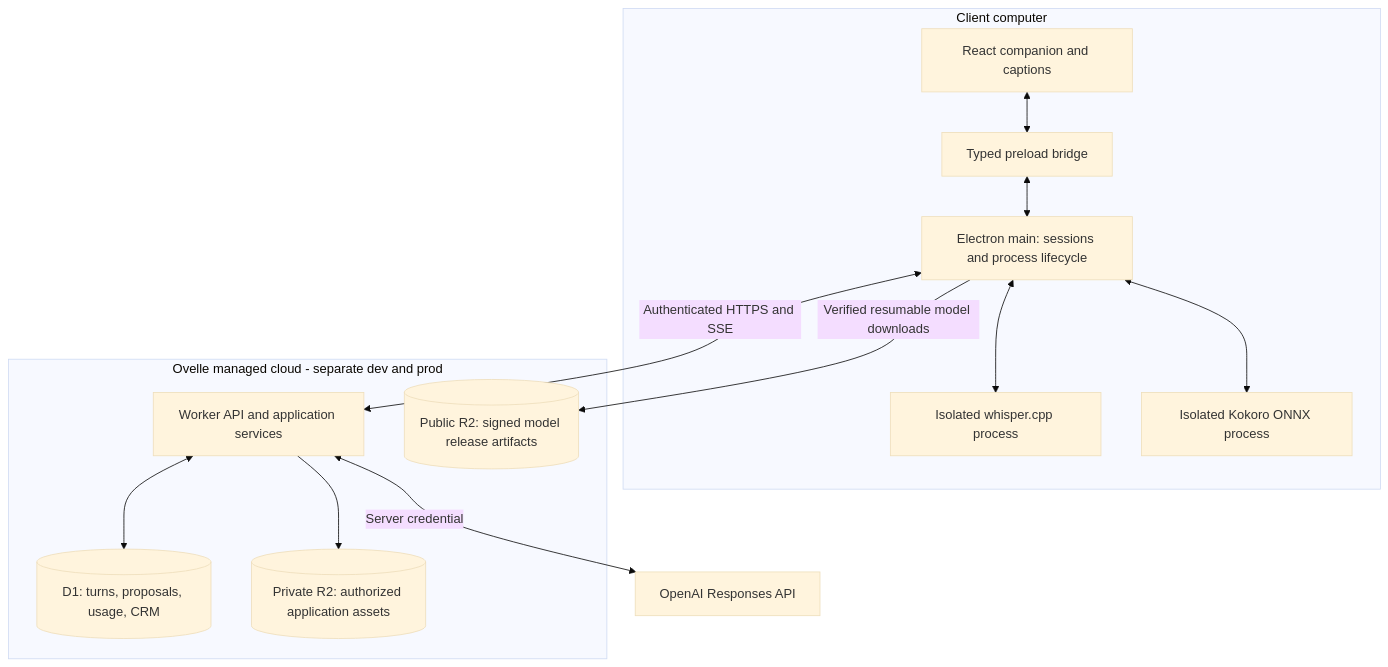
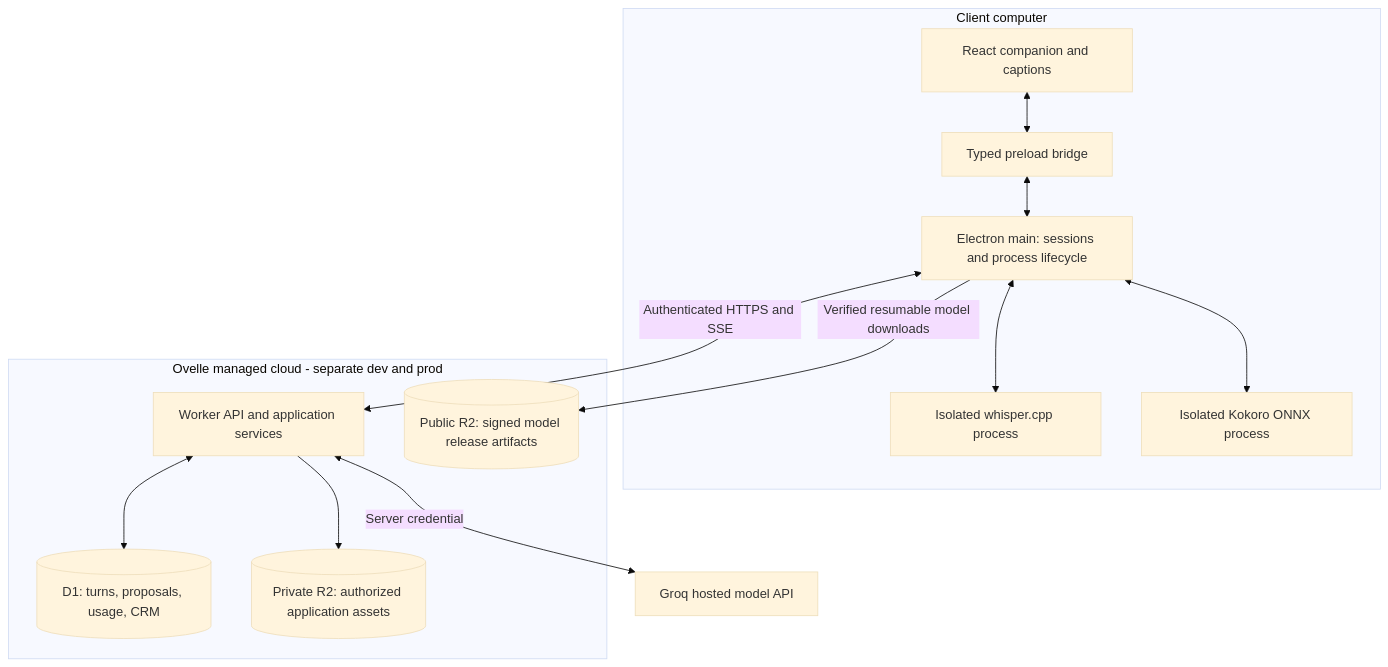
One commit to Atripix-Design/ovelle changed the second of 4 diagrams in docs/architecture/desktop-assistant-design.md. Above: the diagram before and after it, drawn with Mermaid (base theme). The commit also changed other lines of this file, not shown here.

Commit message:
Revise assistant model selection for lower hosted cost

````diff
--- a/docs/architecture/desktop-assistant-design.md
+++ b/docs/architecture/desktop-assistant-design.md
@@ -117,25 +119,25 @@
 ```mermaid
 flowchart TB
     subgraph Device[Client computer]
         UI[React companion and captions]
         P[Typed preload bridge]
         E[Electron main: sessions and process lifecycle]
         STT[Isolated whisper.cpp process]
         TTS[Isolated Kokoro ONNX process]
         UI <--> P
         P <--> E
         E <--> STT
         E <--> TTS
     end
     subgraph Cloud[Ovelle managed cloud - separate dev and prod]
         W[Worker API and application services]
         D1[(D1: turns, proposals, usage, CRM)]
         RP[(Private R2: authorized application assets)]
         RM[(Public R2: signed model release artifacts)]
         W <--> D1
         W --> RP
     end
     E <-->|Authenticated HTTPS and SSE| W
     E -->|Verified resumable model downloads| RM
-    W <-->|Server credential| AI[OpenAI Responses API]
+    W <-->|Server credential| AI[Groq hosted model API]
 ```
````
